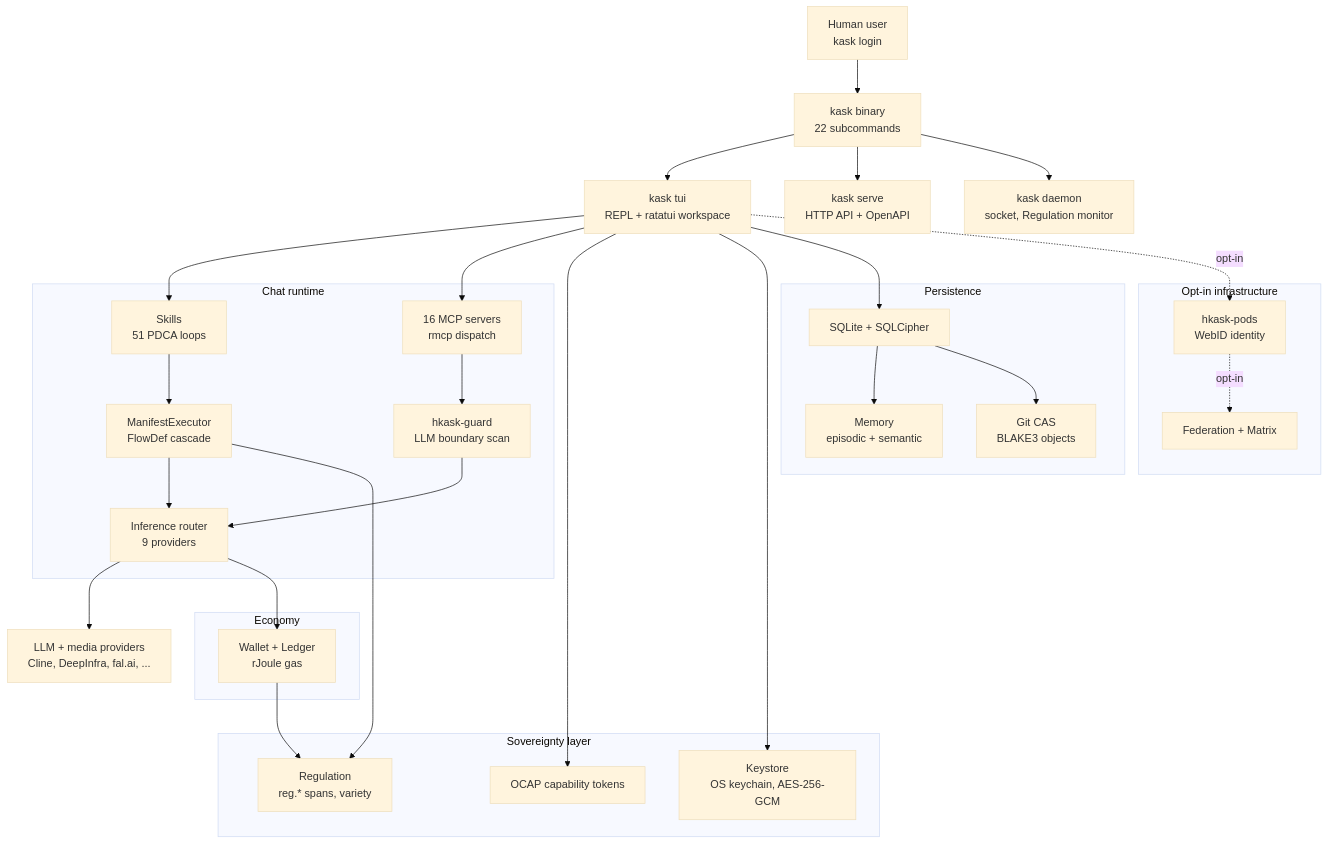
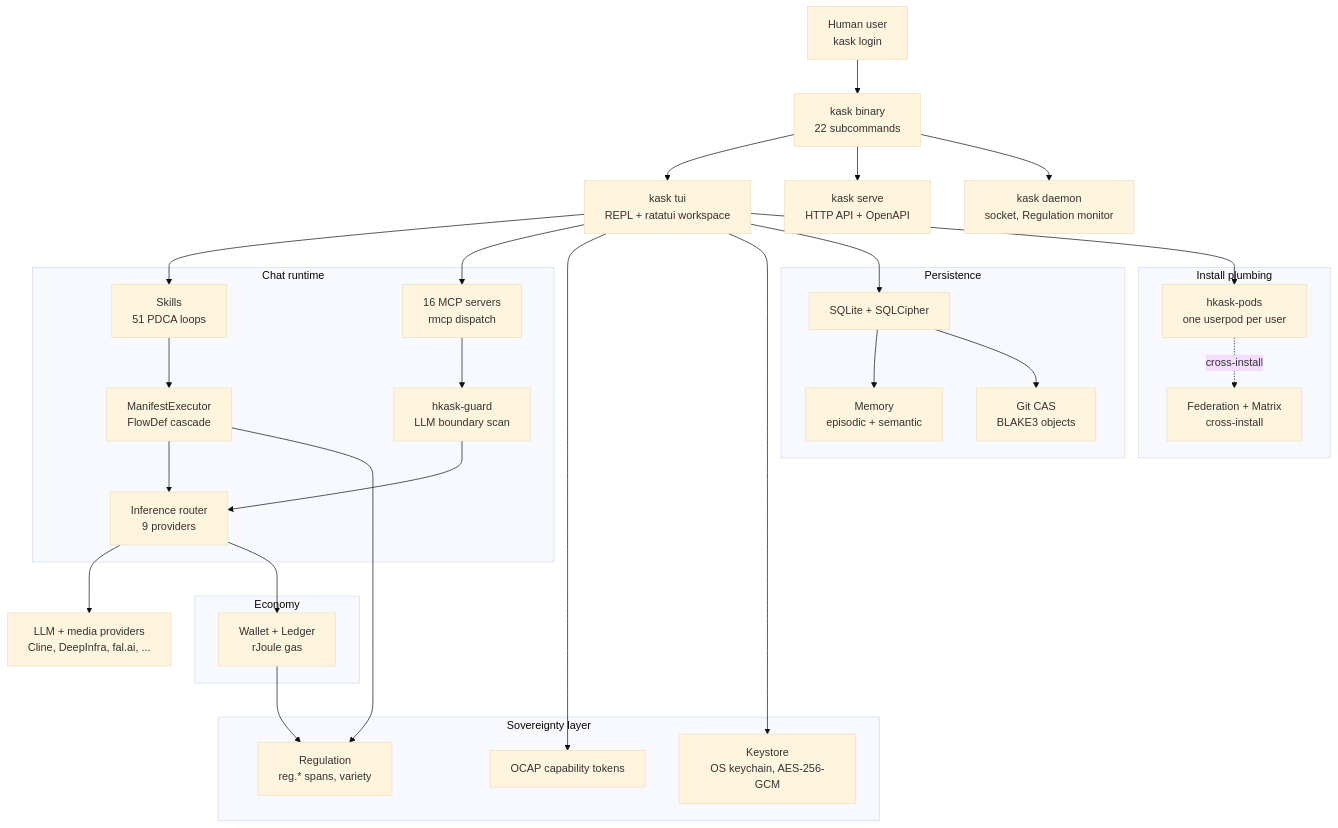
One commit to mdz-axo/hKask changed the diagram in README.md. Above: the diagram before and after it, drawn with Mermaid (base theme). The commit also changed other lines of this file and 3 other files, not shown here.

````diff
--- a/README.md
+++ b/README.md
@@ -54,64 +66,64 @@
 ```mermaid
 flowchart TD
     User["Human user<br/>kask login"]
     Kask["kask binary<br/>22 subcommands"]
     Tui["kask tui<br/>REPL + ratatui workspace"]
     Serve["kask serve<br/>HTTP API + OpenAPI"]
     Daemon["kask daemon<br/>socket, Regulation monitor"]
 
     User --> Kask
     Kask --> Tui
     Kask --> Serve
     Kask --> Daemon
 
     subgraph Runtime["Chat runtime"]
         Skills["Skills<br/>51 PDCA loops"]
         Manifest["ManifestExecutor<br/>FlowDef cascade"]
         Mcp["16 MCP servers<br/>rmcp dispatch"]
         Guard["hkask-guard<br/>LLM boundary scan"]
         Inference["Inference router<br/>9 providers"]
     end
 
     Tui --> Skills
     Tui --> Mcp
     Skills --> Manifest
     Manifest --> Inference
     Mcp --> Guard
     Guard --> Inference
     Inference --> Providers["LLM + media providers<br/>Cline, DeepInfra, fal.ai, ..."]
 
     subgraph Sovereignty["Sovereignty layer"]
         Ocap["OCAP capability tokens"]
         Keystore["Keystore<br/>OS keychain, AES-256-GCM"]
         Regulation["Regulation<br/>reg.* spans, variety"]
     end
 
     Tui --> Ocap
     Tui --> Keystore
     Manifest --> Regulation
 
     subgraph Persistence["Persistence"]
         Storage["SQLite + SQLCipher"]
         Memory["Memory<br/>episodic + semantic"]
         GitCas["Git CAS<br/>BLAKE3 objects"]
     end
 
     Tui --> Storage
     Storage --> Memory
     Storage --> GitCas
 
     subgraph Economy["Economy"]
         Wallet["Wallet + Ledger<br/>rJoule gas"]
     end
 
     Inference --> Wallet
     Wallet --> Regulation
 
-    subgraph Infra["Opt-in infrastructure"]
-        Pods["hkask-pods<br/>WebID identity"]
-        Federation["Federation + Matrix"]
+    subgraph Infra["Install plumbing"]
+        Pods["hkask-pods<br/>one userpod per user"]
+        Federation["Federation + Matrix<br/>cross-install"]
     end
 
-    Tui -. opt-in .-> Pods
-    Pods -. opt-in .-> Federation
+    Tui --> Pods
+    Pods -. cross-install .-> Federation
 ```
````
